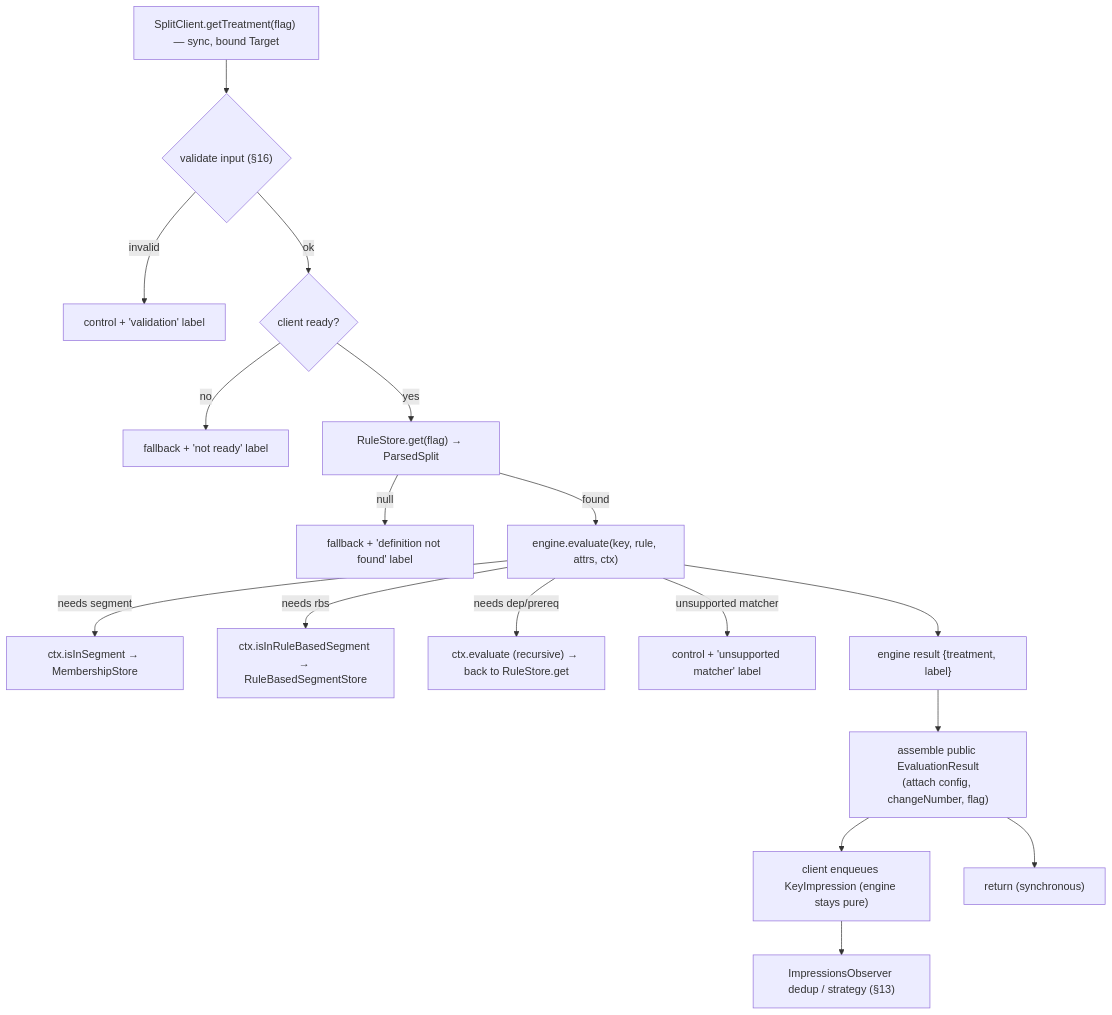
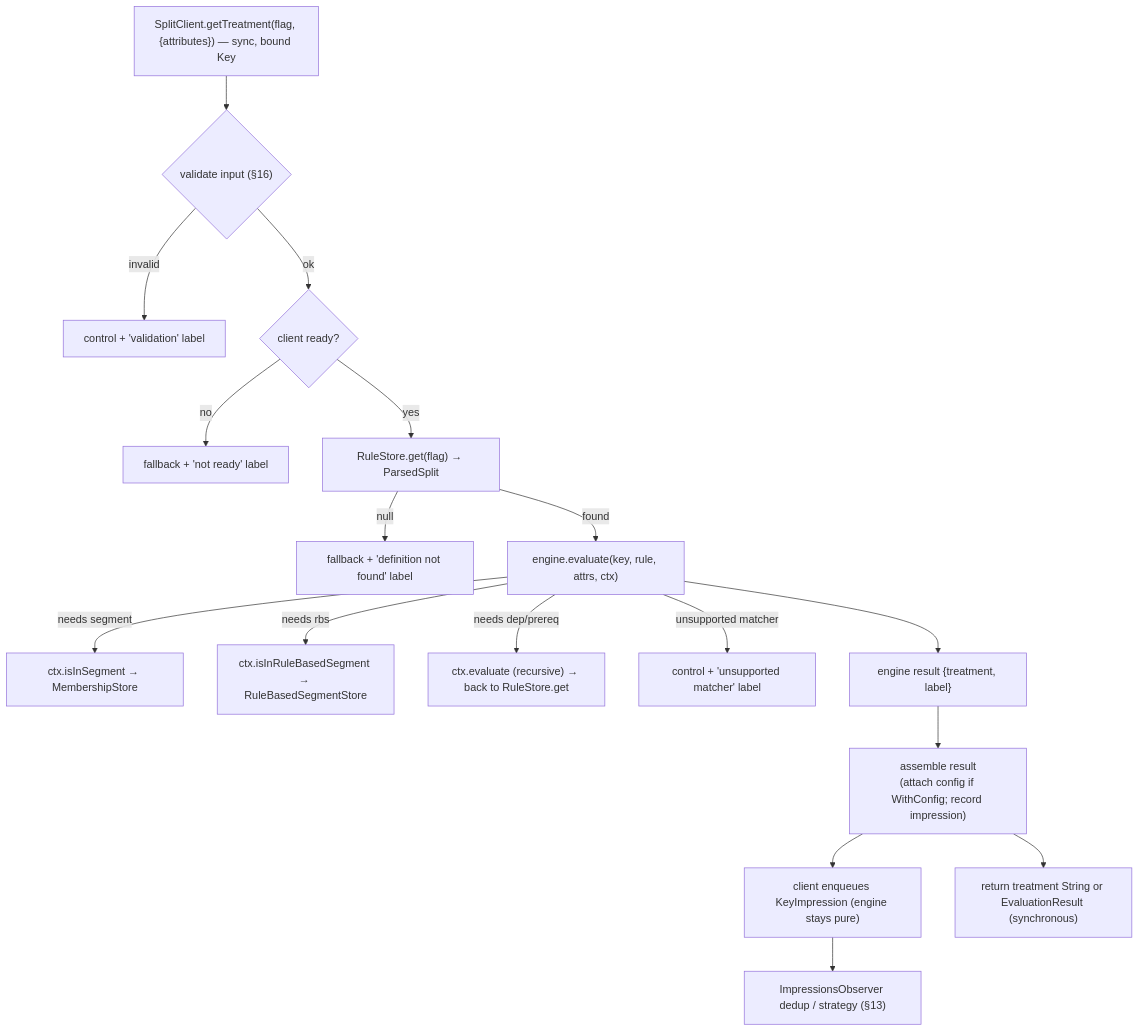
The third of 7 diagrams in docs/SDK-Specification-v1-RFC2119.md (splitio/dart-client), drawn with Mermaid before and after one commit. The commit also changed other lines of this file and 382 other files, not shown here.

````diff
--- a/docs/SDK-Specification-v1-RFC2119.md
+++ b/docs/SDK-Specification-v1-RFC2119.md
@@ -291,19 +294,19 @@
 ```mermaid
 flowchart TD
-  A["SplitClient.getTreatment(flag) — sync, bound Target"] --> B{"validate input (§16)"}
+  A["SplitClient.getTreatment(flag, {attributes}) — sync, bound Key"] --> B{"validate input (§16)"}
   B -- invalid --> Z["control + 'validation' label"]
   B -- ok --> R{"client ready?"}
   R -- no --> NR["fallback + 'not ready' label"]
   R -- yes --> L["RuleStore.get(flag) → ParsedSplit"]
   L -- null --> DNF["fallback + 'definition not found' label"]
   L -- found --> E["engine.evaluate(key, rule, attrs, ctx)"]
   E -->|"needs segment"| S["ctx.isInSegment → MembershipStore"]
   E -->|"needs rbs"| RB["ctx.isInRuleBasedSegment → RuleBasedSegmentStore"]
   E -->|"needs dep/prereq"| RC["ctx.evaluate (recursive) → back to RuleStore.get"]
   E -->|"unsupported matcher"| UM["control + 'unsupported matcher' label"]
   E --> RES["engine result {treatment, label}"]
-  RES --> ASM["assemble public EvaluationResult<br/>(attach config, changeNumber, flag)"]
+  RES --> ASM["assemble result<br/>(attach config if WithConfig; record impression)"]
   ASM --> IMP["client enqueues KeyImpression (engine stays pure)"]
-  ASM --> OUT["return (synchronous)"]
+  ASM --> OUT["return treatment String or EvaluationResult (synchronous)"]
   IMP --> DD["ImpressionsObserver dedup / strategy (§13)"]
 ```
````
